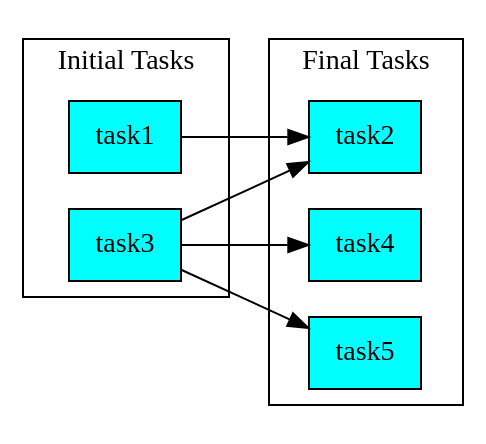
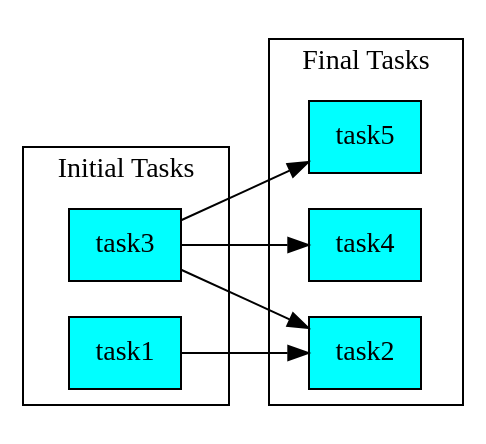
Before and after one commit to fchamicapereira/task-orchestrator: the diagram in examples/in_place.dot, drawn with Graphviz. The commit also changed other lines of this file and 5 other files, not shown here.

```diff
--- a/examples/in_place.dot
+++ b/examples/in_place.dot
@@ -1,22 +1,22 @@
 // Execution Plan
 digraph {
 	graph [rankdir=LR]
 	node [shape=box style=filled]
 	// Initial Tasks
 	subgraph cluster_0 {
 		label="Initial Tasks"
+		task3 [label=task3 fillcolor=cyan]
 		task1 [label=task1 fillcolor=cyan]
-		task3 [label=task3 fillcolor=cyan]
 	}
 	// Final Tasks
 	subgraph cluster_1 {
 		label="Final Tasks"
+		task2 [label=task2 fillcolor=cyan]
 		task4 [label=task4 fillcolor=cyan]
-		task2 [label=task2 fillcolor=cyan]
 		task5 [label=task5 fillcolor=cyan]
 	}
+	task3 -> task5
+	task3 -> task2
+	task3 -> task4
 	task1 -> task2
-	task3 -> task4
-	task3 -> task2
-	task3 -> task5
 }
```
